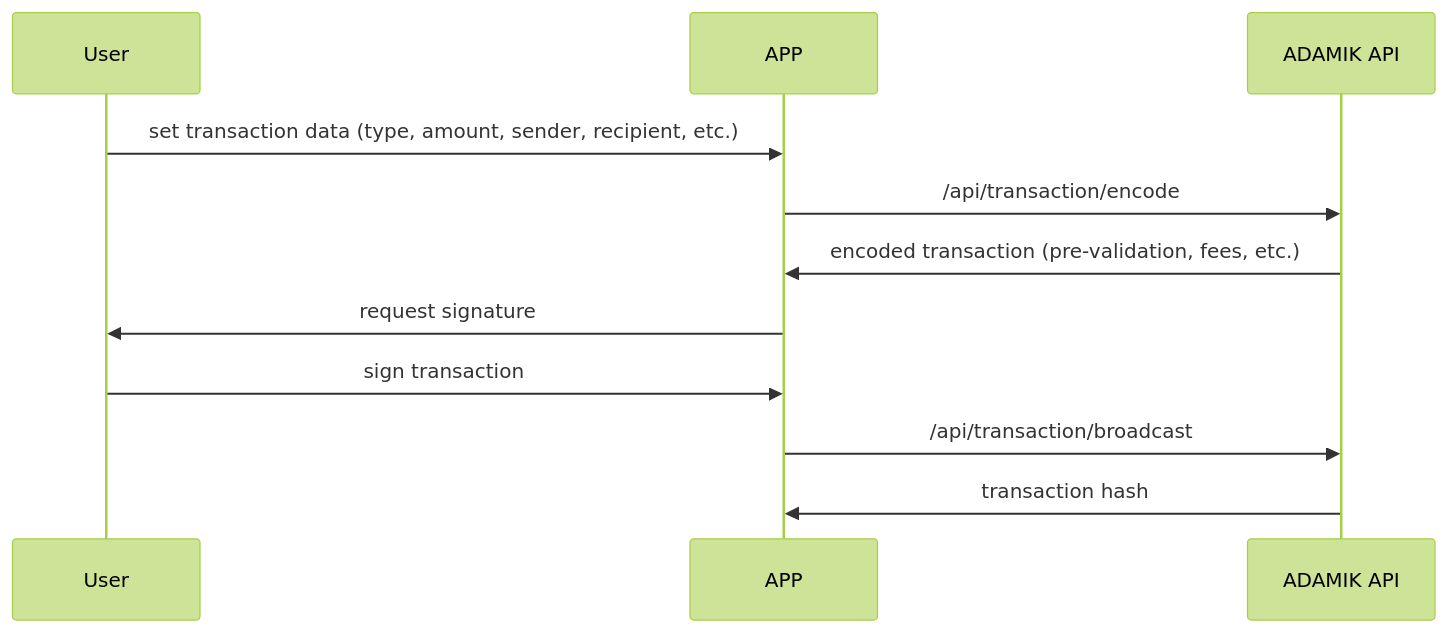
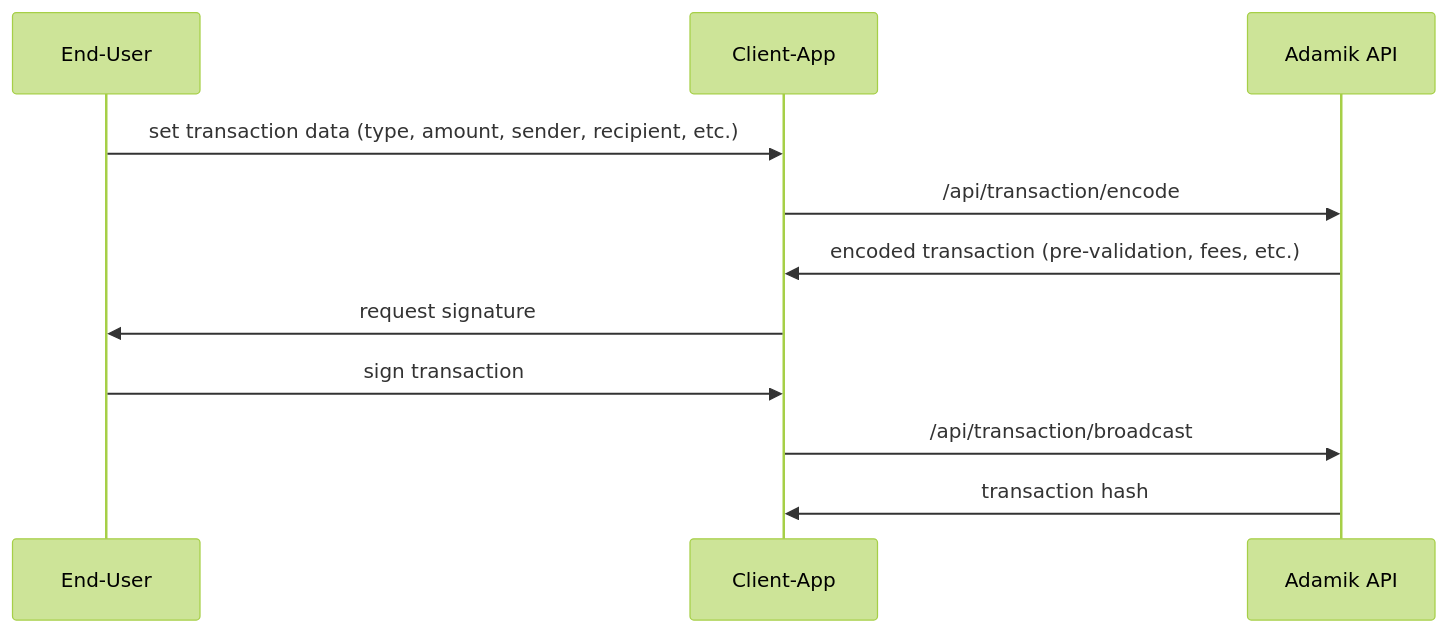
One commit to AdamikHQ/adamik-documentation changed the diagram in api-reference/write_API_overview_and_interaction_flow.mdx. Above: the diagram before and after it, drawn with Mermaid (forest theme). The commit also changed 2 other files, not shown here.

Commit message:
update look & feel on diagram

````diff
--- a/api-reference/write_API_overview_and_interaction_flow.mdx
+++ b/api-reference/write_API_overview_and_interaction_flow.mdx
@@ -7,16 +7,16 @@
 ```mermaid
 sequenceDiagram
-    participant User
-    participant APP
-    participant ADAMIK API
+    participant USER as End-User
+    participant APP as Client-App
+    participant ADAMIK as Adamik API
 
-    User->>APP: set transaction data (type, amount, sender, recipient, etc.)
-    APP->>ADAMIK API: /api/transaction/encode
-    ADAMIK API->>APP: encoded transaction (pre-validation, fees, etc.)
+    USER->>APP: set transaction data (type, amount, sender, recipient, etc.)
+    APP->>ADAMIK: /api/transaction/encode
+    ADAMIK->>APP: encoded transaction (pre-validation, fees, etc.)
 
-    APP->>User: request signature
-    User->>APP: sign transaction
+    APP->>USER: request signature
+    USER->>APP: sign transaction
 
-    APP->>ADAMIK API: /api/transaction/broadcast
-    ADAMIK API->>APP: transaction hash
+    APP->>ADAMIK: /api/transaction/broadcast
+    ADAMIK->>APP: transaction hash
 ```
````
